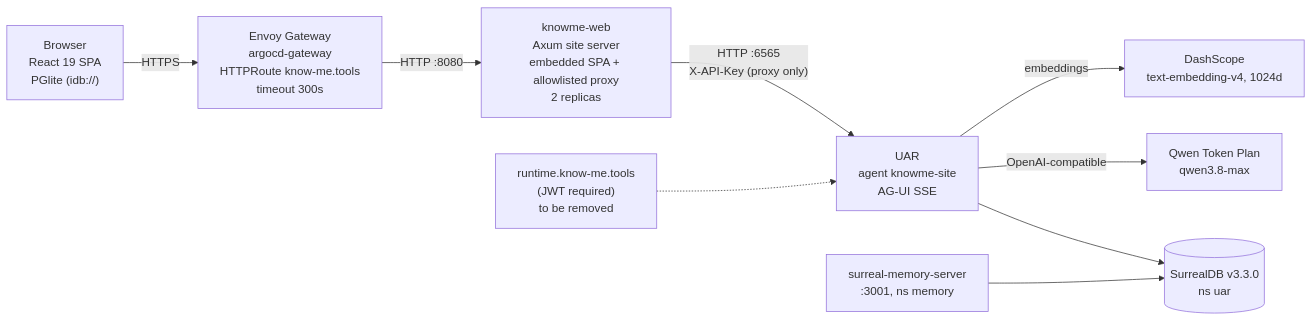
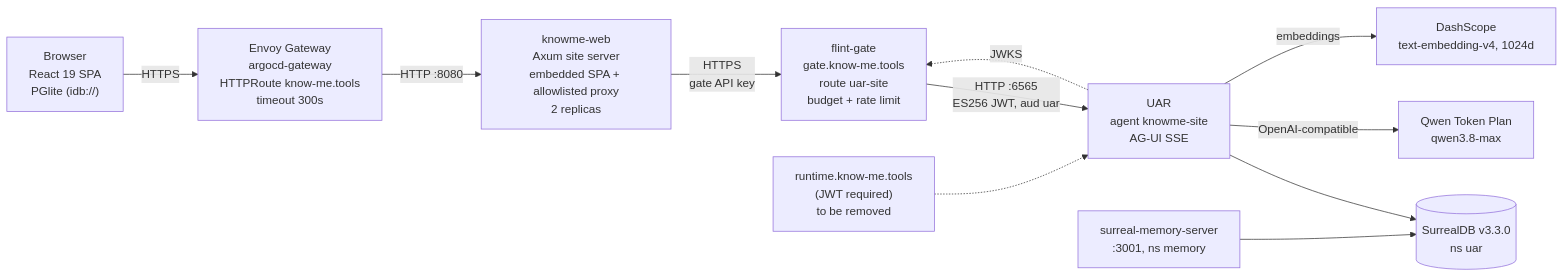
One commit to Know-Me-Tools/charcoal-agent changed the diagram in docs/agent-led-site/sections/04-architecture.md. Above: the diagram before and after it, drawn with Mermaid. The commit also changed other lines of this file and 6 other files, not shown here.

First line of the commit message:
docs: flint-gate auth design and local-gate findings in the agent-led site paper

````diff
--- a/docs/agent-led-site/sections/04-architecture.md
+++ b/docs/agent-led-site/sections/04-architecture.md
@@ -13,11 +13,13 @@
 ```mermaid
 flowchart LR
   B["Browser<br/>React 19 SPA<br/>PGlite (idb://)"] -->|HTTPS| G["Envoy Gateway<br/>argocd-gateway<br/>HTTPRoute know-me.tools<br/>timeout 300s"]
   G -->|HTTP :8080| W["knowme-web<br/>Axum site server<br/>embedded SPA + allowlisted proxy<br/>2 replicas"]
-  W -->|"HTTP :6565<br/>X-API-Key (proxy only)"| U["UAR<br/>agent knowme-site<br/>AG-UI SSE"]
+  W -->|"HTTPS<br/>gate API key"| F["flint-gate<br/>gate.know-me.tools<br/>route uar-site<br/>budget + rate limit"]
+  F -->|"HTTP :6565<br/>ES256 JWT, aud uar"| U["UAR<br/>agent knowme-site<br/>AG-UI SSE"]
+  U -.->|"JWKS"| F
   U --> S[("SurrealDB v3.3.0<br/>ns uar")]
   M["surreal-memory-server<br/>:3001, ns memory"] --> S
   U -->|"OpenAI-compatible"| Q["Qwen Token Plan<br/>qwen3.8-max"]
   U -->|"embeddings"| D["DashScope<br/>text-embedding-v4, 1024d"]
   R["runtime.know-me.tools<br/>(JWT required)<br/>to be removed"] -.-> U
 ```
````
